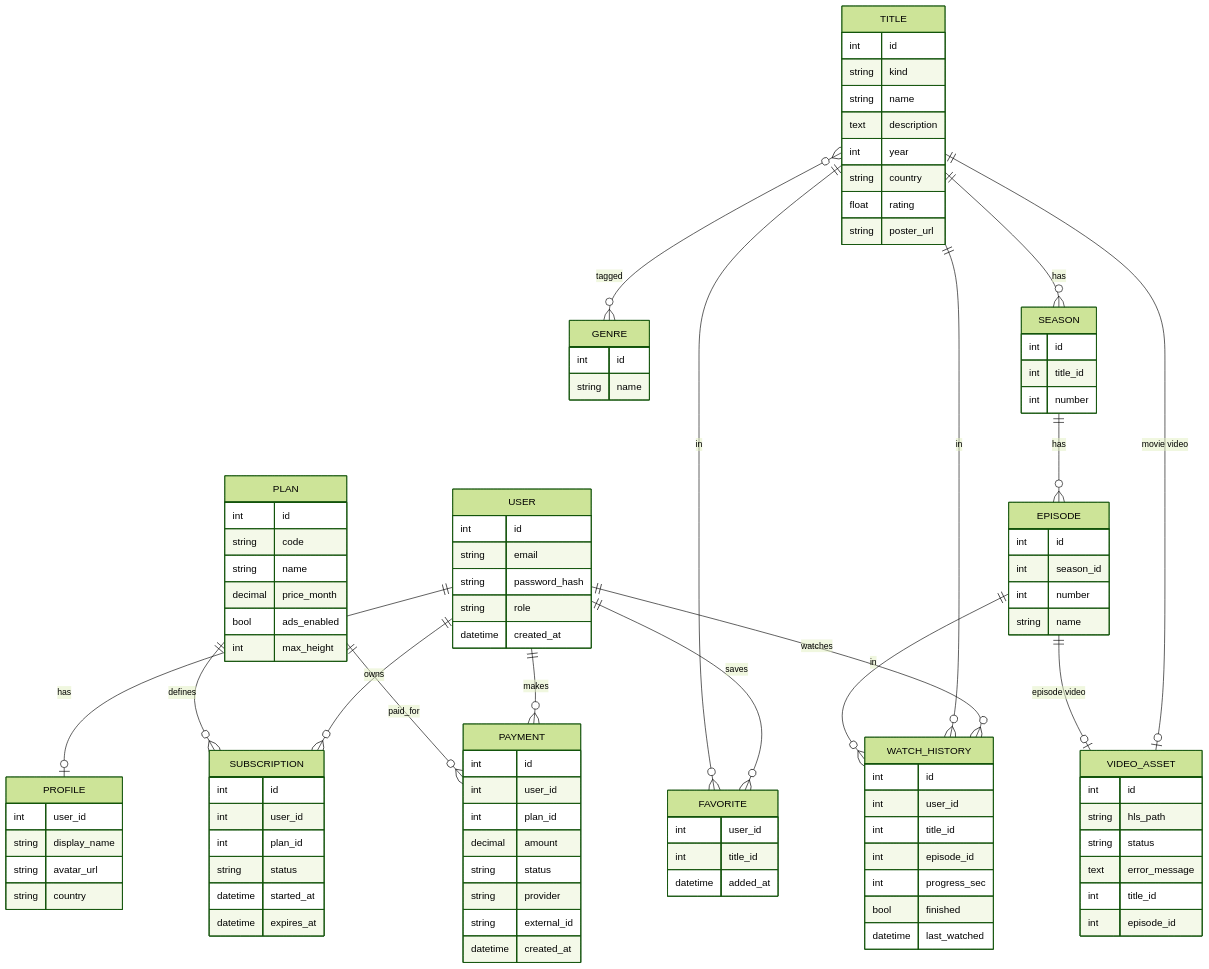
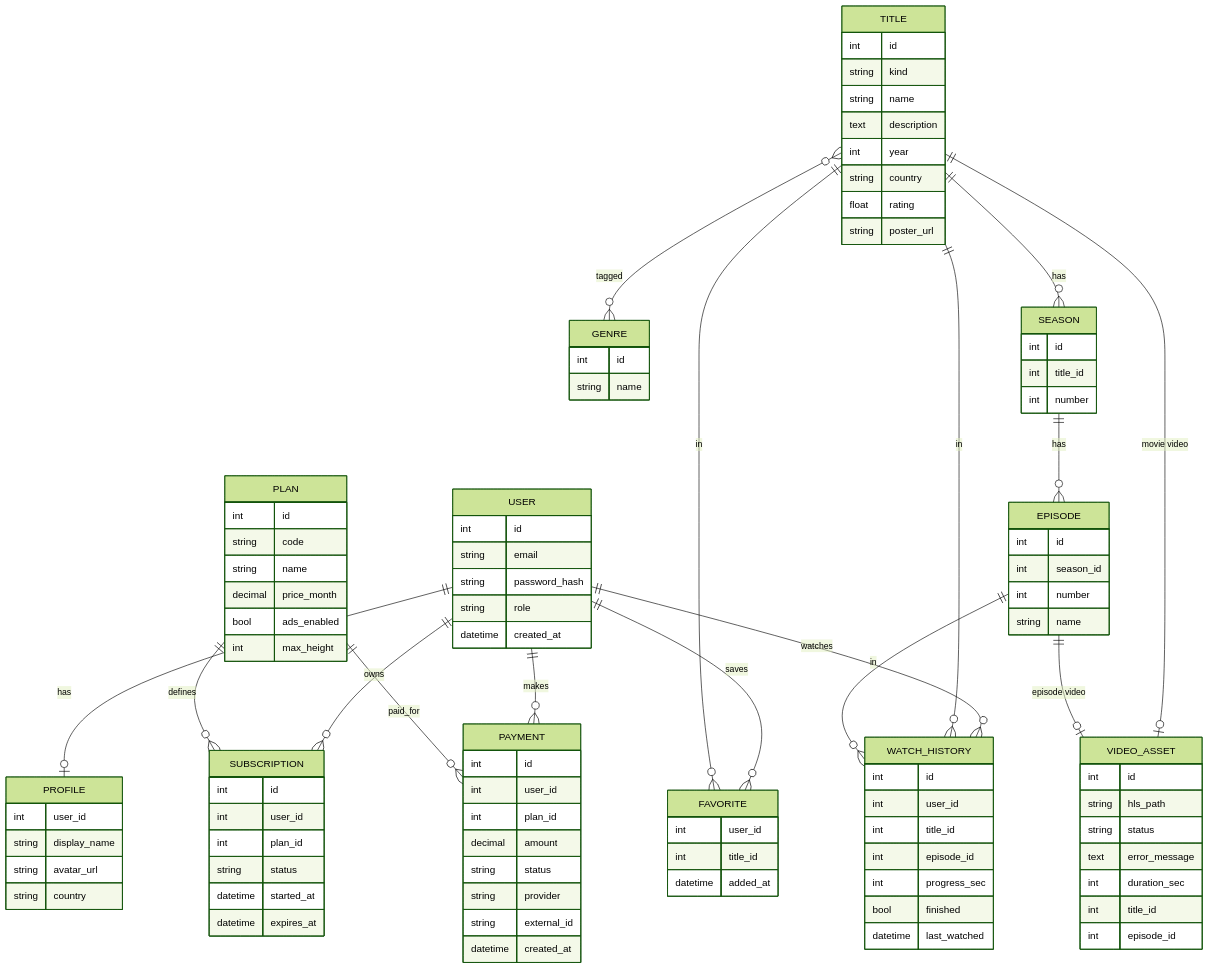
One commit to MatskoDanylo/Software-doc-design-coursework changed the second of 5 diagrams in docs/ARCHITECTURE.md. Above: the diagram before and after it, drawn with Mermaid (forest theme). The commit also changed other lines of this file and 11 other files, not shown here.

Commit message:
feat(video): store video duration and expose it in watch history

````diff
--- a/docs/ARCHITECTURE.md
+++ b/docs/ARCHITECTURE.md
@@ -33,31 +33,31 @@
 ```mermaid
 erDiagram
     USER ||--o| PROFILE : has
     USER ||--o{ SUBSCRIPTION : owns
     USER ||--o{ PAYMENT : makes
     USER ||--o{ FAVORITE : saves
     USER ||--o{ WATCH_HISTORY : watches
     PLAN ||--o{ SUBSCRIPTION : defines
     PLAN ||--o{ PAYMENT : paid_for
     TITLE ||--o{ FAVORITE : in
     TITLE }o--o{ GENRE : tagged
     TITLE ||--o{ SEASON : has
     SEASON ||--o{ EPISODE : has
     TITLE ||--o| VIDEO_ASSET : "movie video"
     EPISODE ||--o| VIDEO_ASSET : "episode video"
     TITLE ||--o{ WATCH_HISTORY : in
     EPISODE ||--o{ WATCH_HISTORY : in
 
     USER { int id string email string password_hash string role datetime created_at }
     PROFILE { int user_id string display_name string avatar_url string country }
     PLAN { int id string code string name decimal price_month bool ads_enabled int max_height }
     SUBSCRIPTION { int id int user_id int plan_id string status datetime started_at datetime expires_at }
     PAYMENT { int id int user_id int plan_id decimal amount string status string provider string external_id datetime created_at }
     TITLE { int id string kind string name text description int year string country float rating string poster_url }
     GENRE { int id string name }
     SEASON { int id int title_id int number }
     EPISODE { int id int season_id int number string name }
-    VIDEO_ASSET { int id string hls_path string status text error_message int title_id int episode_id }
+    VIDEO_ASSET { int id string hls_path string status text error_message int duration_sec int title_id int episode_id }
     FAVORITE { int user_id int title_id datetime added_at }
     WATCH_HISTORY { int id int user_id int title_id int episode_id int progress_sec bool finished datetime last_watched }
 ```
````
